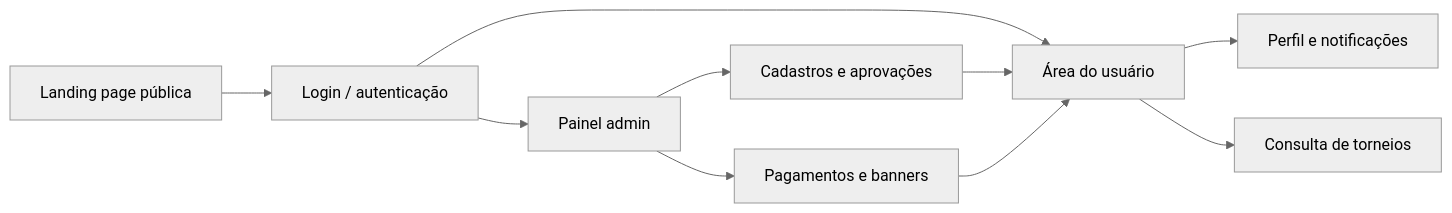
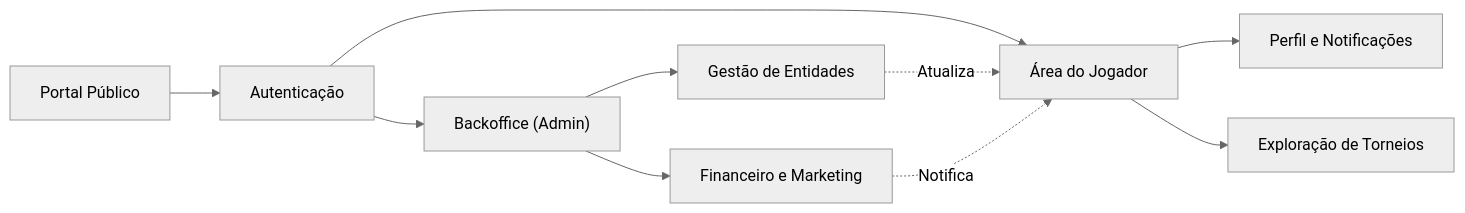
One commit to mmrezende/auten-max-late-game changed the diagram in README.md. Above: the diagram before and after it, drawn with Mermaid (neutral theme). The commit also changed other lines of this file, not shown here.

````diff
--- a/README.md
+++ b/README.md
@@ -32,12 +24,12 @@
 ```mermaid
 flowchart LR
-	A["Landing page pública"] --> B["Login / autenticação"]
-	B --> C["Painel admin"]
-	B --> D["Área do usuário"]
-	C --> C1["Cadastros e aprovações"]
-	C --> C2["Pagamentos e banners"]
-	C1 --> D
-	C2 --> D
-	D --> D1["Perfil e notificações"]
-	D --> D2["Consulta de torneios"]
+A["Portal Público"] --> B["Autenticação"]
+B --> C["Backoffice (Admin)"]
+B --> D["Área do Jogador"]
+C --> C1["Gestão de Entidades"]
+C --> C2["Financeiro e Marketing"]
+C1 -. Atualiza .-> D
+C2 -. Notifica .-> D
+D --> D1["Perfil e Notificações"]
+D --> D2["Exploração de Torneios"]
 ```
````
